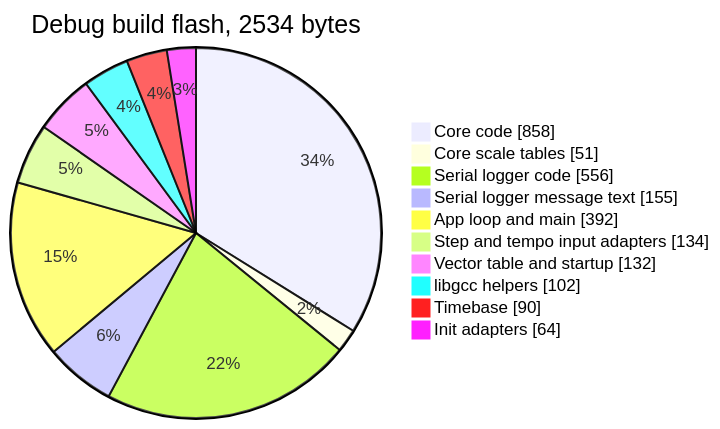
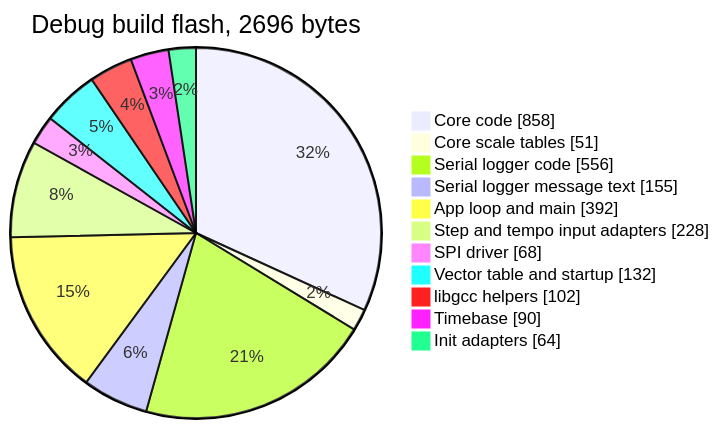
One commit to BonelessPig/nano_sequencer changed diagram 18 of 19 in docs/ARCHITECTURE.md. Above: the diagram before and after it, drawn with Mermaid. The commit also changed other lines of this file and 26 other files, not shown here.

First line of the commit message:
Move the 74HC165 chain to the SPI bus, behind a new SPI driver

````diff
--- a/docs/ARCHITECTURE.md
+++ b/docs/ARCHITECTURE.md
@@ -638,14 +658,15 @@
 ```mermaid
 pie showData
-    title Debug build flash, 2534 bytes
+    title Debug build flash, 2696 bytes
     "Core code" : 858
     "Core scale tables" : 51
     "Serial logger code" : 556
     "Serial logger message text" : 155
     "App loop and main" : 392
-    "Step and tempo input adapters" : 134
+    "Step and tempo input adapters" : 228
+    "SPI driver" : 68
     "Vector table and startup" : 132
     "libgcc helpers" : 102
     "Timebase" : 90
     "Init adapters" : 64
 ```
````
